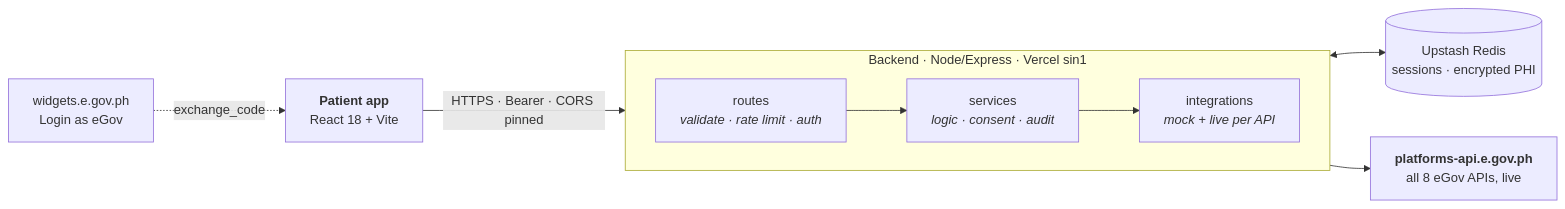
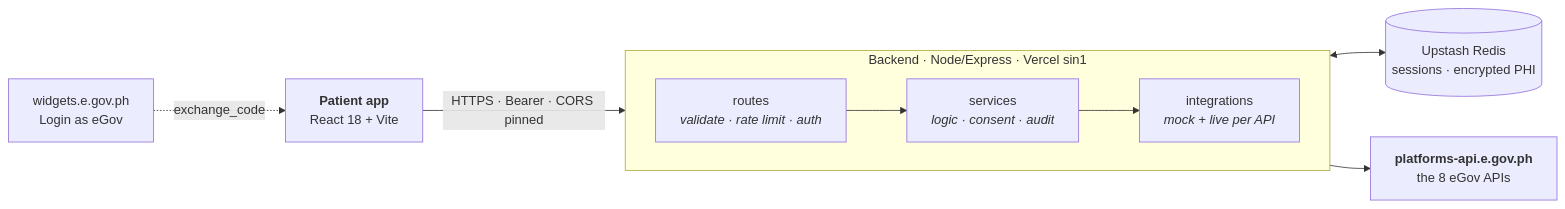
Before and after one commit to Bisaya-Hackers/egovmed: the first of 2 diagrams in README.md, drawn with Mermaid. The commit also changed other lines of this file, not shown here.

````diff
--- a/README.md
+++ b/README.md
@@ -167,21 +174,21 @@
 ```mermaid
 flowchart LR
     UI["<b>Patient app</b><br/>React 18 + Vite"]
     W["widgets.e.gov.ph<br/>Login as eGov"]
 
     subgraph BE["Backend · Node/Express · Vercel sin1"]
         direction LR
         R["routes<br/><i>validate · rate limit · auth</i>"]
         SV["services<br/><i>logic · consent · audit</i>"]
         IN["integrations<br/><i>mock + live per API</i>"]
         R --> SV --> IN
     end
 
     KV[("Upstash Redis<br/>sessions · encrypted PHI")]
-    GOV["<b>platforms-api.e.gov.ph</b><br/>all 8 eGov APIs, live"]
+    GOV["<b>platforms-api.e.gov.ph</b><br/>the 8 eGov APIs"]
 
     W -.->|"exchange_code"| UI
     UI -->|"HTTPS · Bearer · CORS pinned"| R
     SV <--> KV
     IN --> GOV
 ```
````
